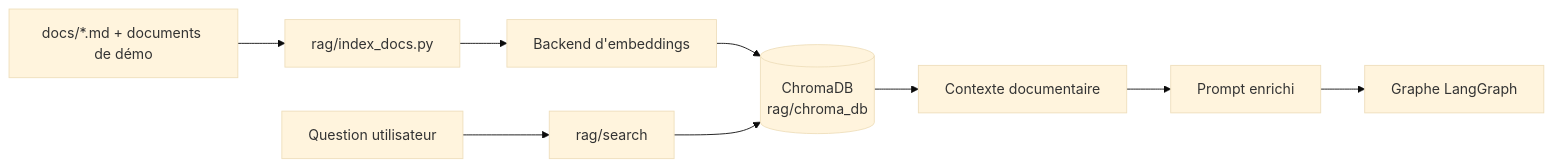
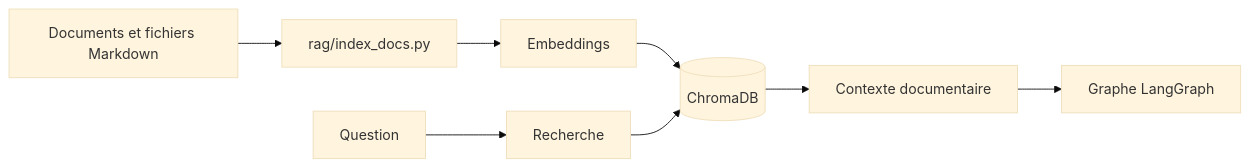
Before and after one commit to achraaflaamari/odoo_copilot: the fourth of 4 diagrams in docs/architecture.md, drawn with Mermaid (base theme). The commit also changed other lines of this file and 11 other files, not shown here.

````diff
--- a/docs/architecture.md
+++ b/docs/architecture.md
@@ -171,11 +106,10 @@
 ```mermaid
 flowchart LR
-    DOCS["docs/*.md + documents de démo"] --> INDEX["rag/index_docs.py"]
-    INDEX --> EMB["Backend d'embeddings"]
-    EMB --> CHROMA[("ChromaDB<br/>rag/chroma_db")]
-    Q["Question utilisateur"] --> SEARCH["rag/search"]
+    DOCS["Documents et fichiers Markdown"] --> INDEX["rag/index_docs.py"]
+    INDEX --> EMB["Embeddings"]
+    EMB --> CHROMA[("ChromaDB")]
+    Q["Question"] --> SEARCH["Recherche"]
     SEARCH --> CHROMA
     CHROMA --> CTX["Contexte documentaire"]
-    CTX --> PROMPT["Prompt enrichi"]
-    PROMPT --> GRAPH["Graphe LangGraph"]
+    CTX --> GRAPH["Graphe LangGraph"]
 ```
````
